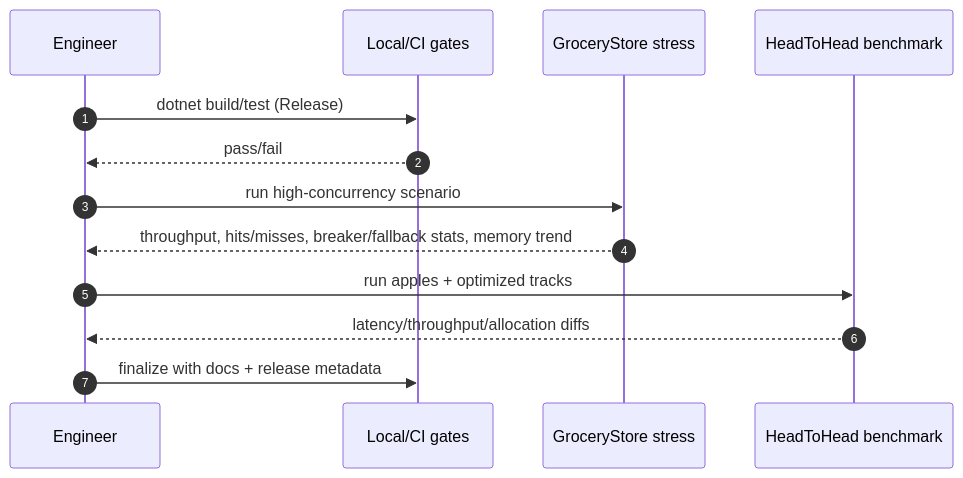
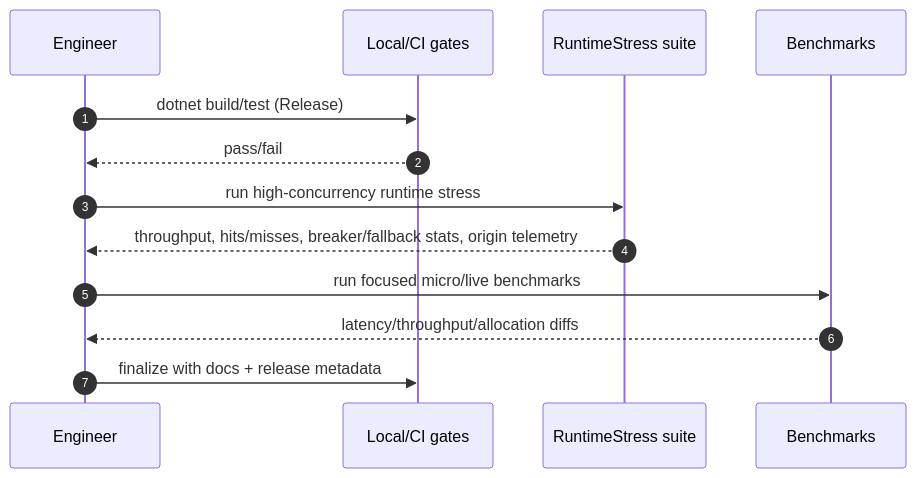
Before and after one commit to haxxornulled/VapeCache: the second of 3 diagrams in docs/PROCESS_MODEL.md, drawn with Mermaid. The commit also changed other lines of this file and 66 other files, not shown here.

First line of the commit message:
Improve dashboard telemetry and stress host coverage

````diff
--- a/docs/PROCESS_MODEL.md
+++ b/docs/PROCESS_MODEL.md
@@ -22,16 +22,16 @@
 ```mermaid
 sequenceDiagram
     autonumber
     participant Dev as Engineer
     participant CI as Local/CI gates
-    participant GS as GroceryStore stress
-    participant H2H as HeadToHead benchmark
+    participant RS as RuntimeStress suite
+    participant BENCH as Benchmarks
 
     Dev->>CI: dotnet build/test (Release)
     CI-->>Dev: pass/fail
-    Dev->>GS: run high-concurrency scenario
-    GS-->>Dev: throughput, hits/misses, breaker/fallback stats, memory trend
-    Dev->>H2H: run apples + optimized tracks
-    H2H-->>Dev: latency/throughput/allocation diffs
+    Dev->>RS: run high-concurrency runtime stress
+    RS-->>Dev: throughput, hits/misses, breaker/fallback stats, origin telemetry
+    Dev->>BENCH: run focused micro/live benchmarks
+    BENCH-->>Dev: latency/throughput/allocation diffs
     Dev->>CI: finalize with docs + release metadata
 ```
````
